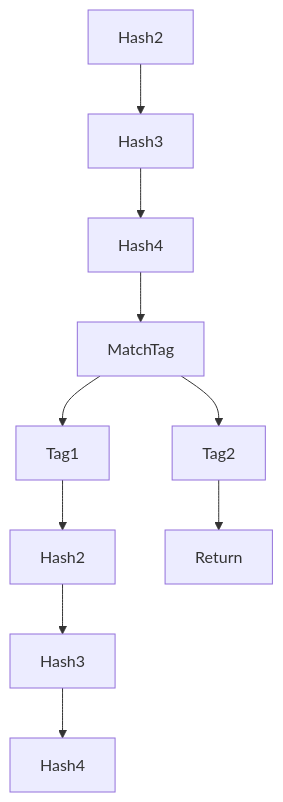
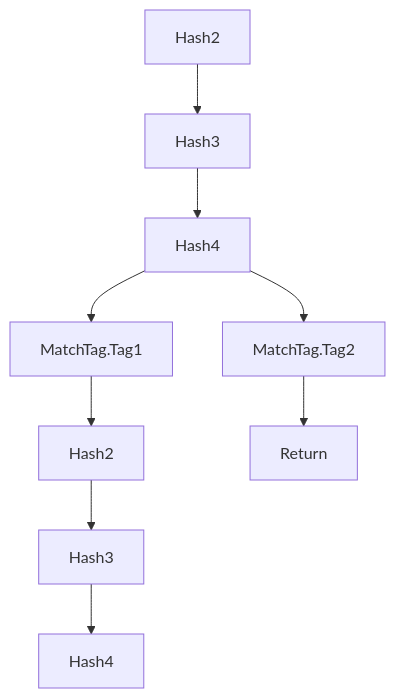
One commit to argumentcomputer/lurk-beta changed the third of 3 diagrams in src/lem/README.md. Above: the diagram before and after it, drawn with Mermaid. The commit also changed other lines of this file, not shown here.

Commit message:
Adjustments do README

````diff
--- a/src/lem/README.md
+++ b/src/lem/README.md
@@ -118,12 +118,11 @@
 ```mermaid
-graph TD;
-    R1[Hash2] --> R2[Hash3];
-    R2 --> R3[Hash4];
-    R3 --> L[MatchTag];
-    L --> A[Tag1];
-    L --> B[Tag2];
-    A --> A1[Hash2];
-    A1 --> A2[Hash3];
-    A2 --> A3[Hash4];
-    B --> B1[Return];
+graph TD
+    R1[Hash2] --> R2[Hash3]
+    R2 --> R3[Hash4]
+    R3 --> A[MatchTag.Tag1]
+    R3 --> B[MatchTag.Tag2]
+    A --> A1[Hash2]
+    A1 --> A2[Hash3]
+    A2 --> A3[Hash4]
+    B --> B1[Return]
 ```
````
